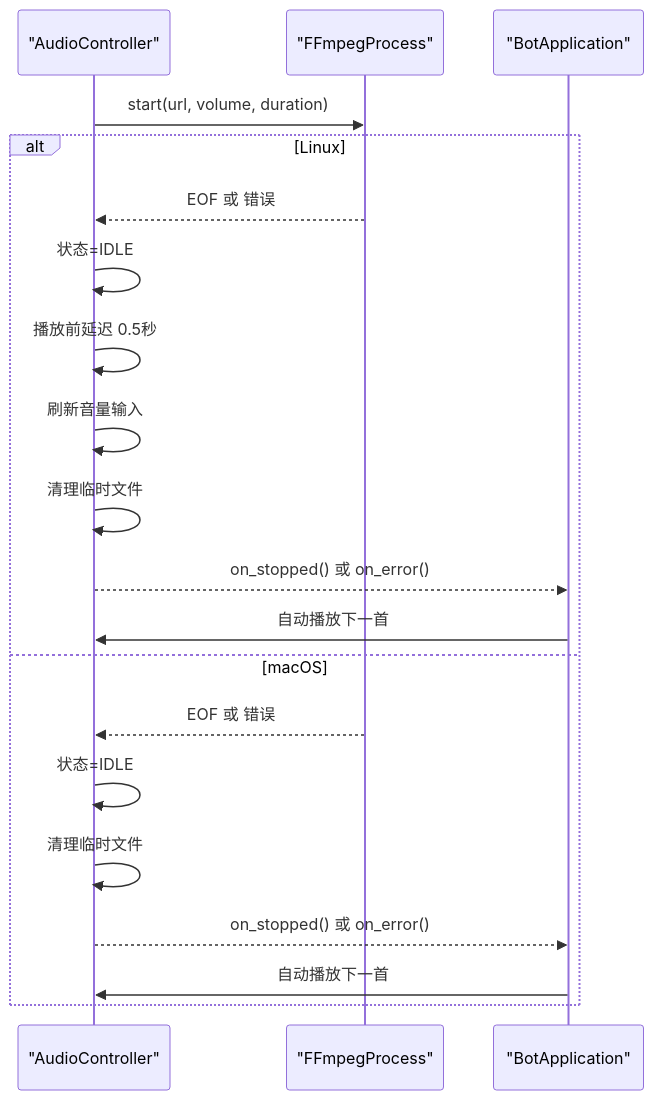
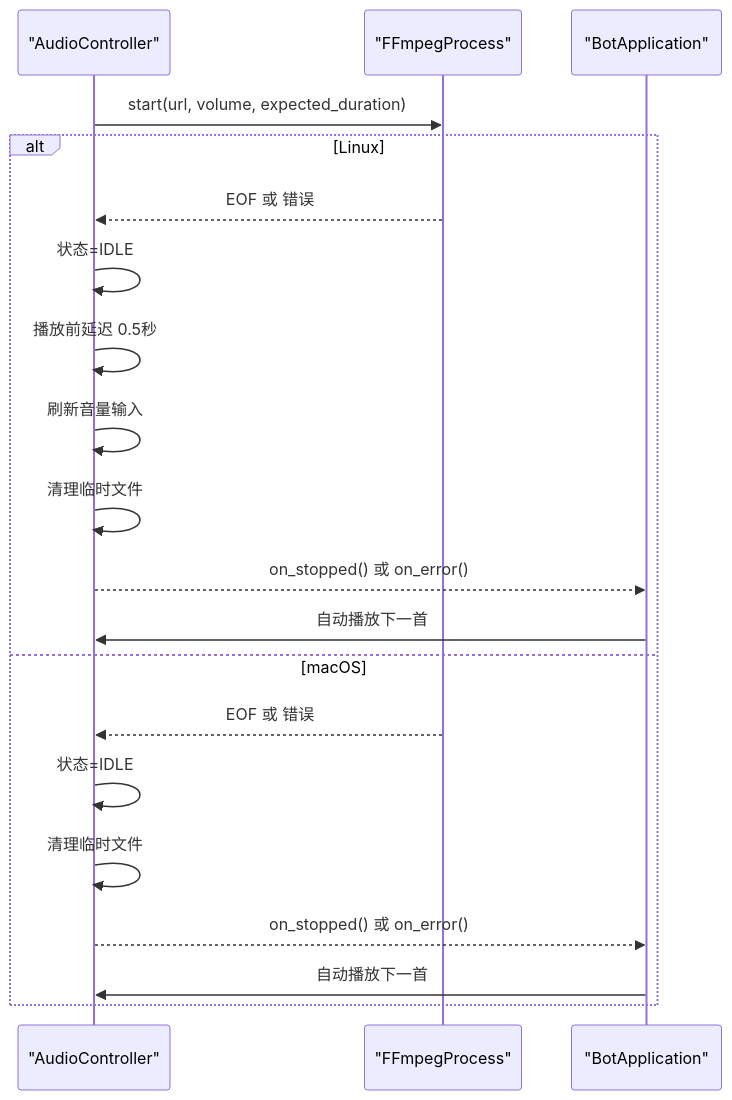
Before and after one commit to GhoulOwl/Teamspeak3_Bot: the fifth of 9 diagrams in .qoder/repowiki/zh/content/音乐播放系统/音频控制器.md, drawn with Mermaid. The commit also changed other lines of this file and 7 other files, not shown here.

````diff
--- a/.qoder/repowiki/zh/content/音乐播放系统/音频控制器.md
+++ b/.qoder/repowiki/zh/content/音乐播放系统/音频控制器.md
@@ -305,22 +277,22 @@
 ```mermaid
 sequenceDiagram
 participant Ctrl as "AudioController"
 participant FF as "FFmpegProcess"
 participant App as "BotApplication"
-Ctrl->>FF : start(url, volume, duration)
+Ctrl->>FF : start(url, volume, expected_duration)
 alt Linux
 FF-->>Ctrl : EOF 或 错误
 Ctrl->>Ctrl : 状态=IDLE
 Ctrl->>Ctrl : 播放前延迟 0.5秒
 Ctrl->>Ctrl : 刷新音量输入
 Ctrl->>Ctrl : 清理临时文件
 Ctrl-->>App : on_stopped() 或 on_error()
 App->>Ctrl : 自动播放下一首
 else macOS
 FF-->>Ctrl : EOF 或 错误
 Ctrl->>Ctrl : 状态=IDLE
 Ctrl->>Ctrl : 清理临时文件
 Ctrl-->>App : on_stopped() 或 on_error()
 App->>Ctrl : 自动播放下一首
 end
 ```
````
